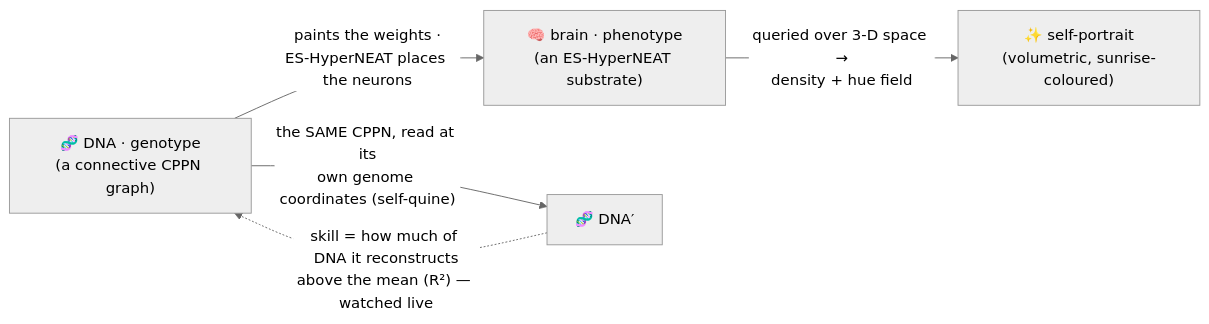
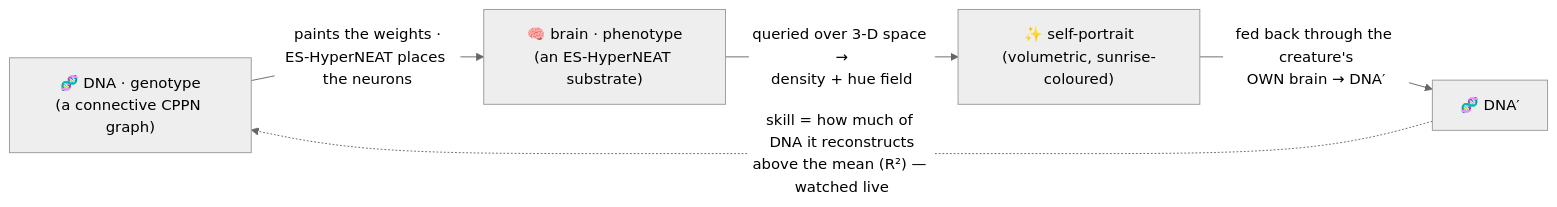
Before and after one commit to admiralakber/autograph: the first of 3 diagrams in VISION.md, drawn with Mermaid (neutral theme). The commit also changed other lines of this file and 6 other files, not shown here.

First line of the commit message:
docs: retell the loop as picture→brain→DNA′ (honest, humbler skill)

````diff
--- a/VISION.md
+++ b/VISION.md
@@ -24,7 +24,7 @@
 ```mermaid
 flowchart LR
   DNA["🧬 DNA · genotype<br/>(a connective CPPN graph)"] -->|"paints the weights ·<br/>ES-HyperNEAT places the neurons"| PHENO["🧠 brain · phenotype<br/>(an ES-HyperNEAT substrate)"]
   PHENO -->|"queried over 3-D space →<br/>density + hue field"| ART["✨ self-portrait<br/>(volumetric, sunrise-coloured)"]
-  DNA -->|"the SAME CPPN, read at its<br/>own genome coordinates (self-quine)"| DNA2["🧬 DNA′"]
+  ART -->|"fed back through the creature's<br/>OWN brain → DNA′"| DNA2["🧬 DNA′"]
   DNA2 -. "skill = how much of DNA it reconstructs<br/>above the mean (R²) — watched live" .-> DNA
 ```
````
